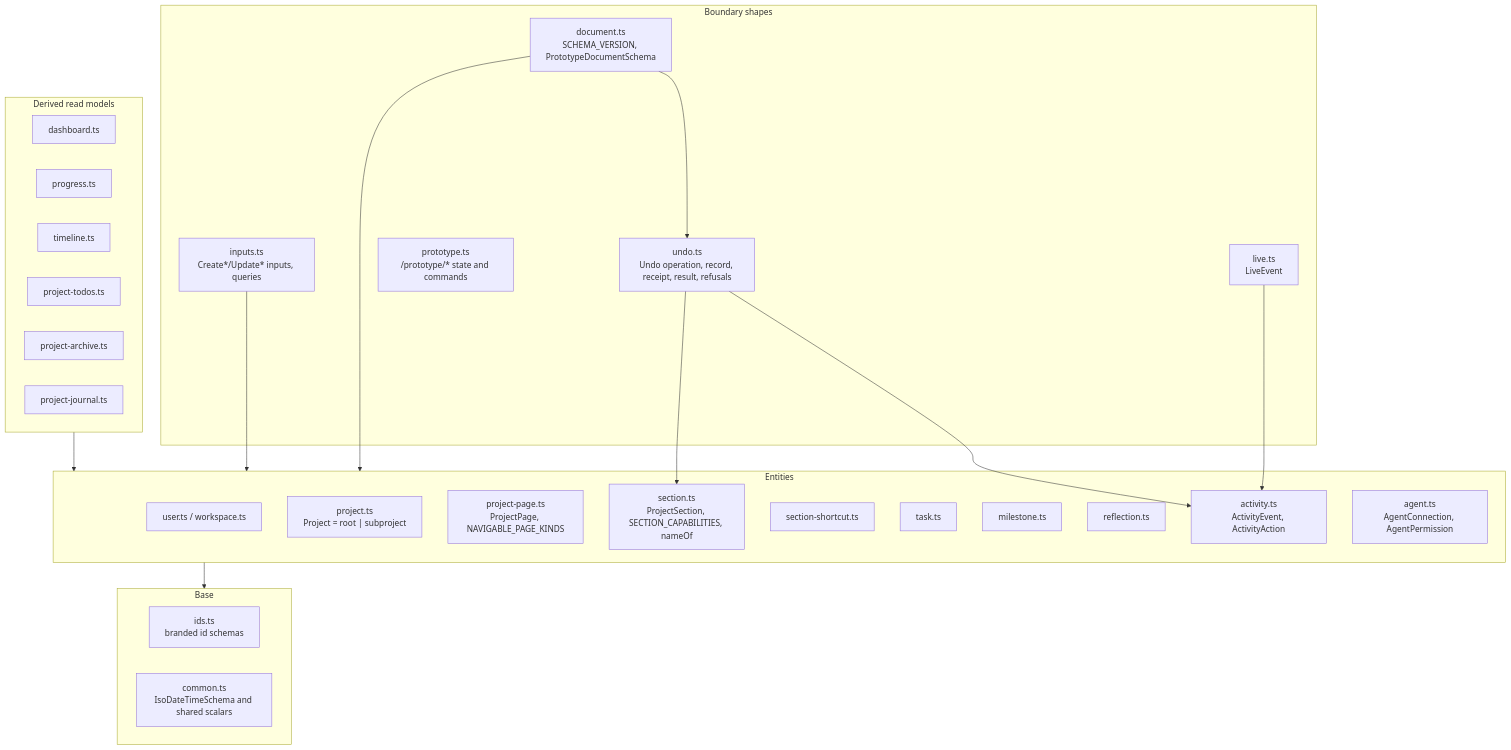
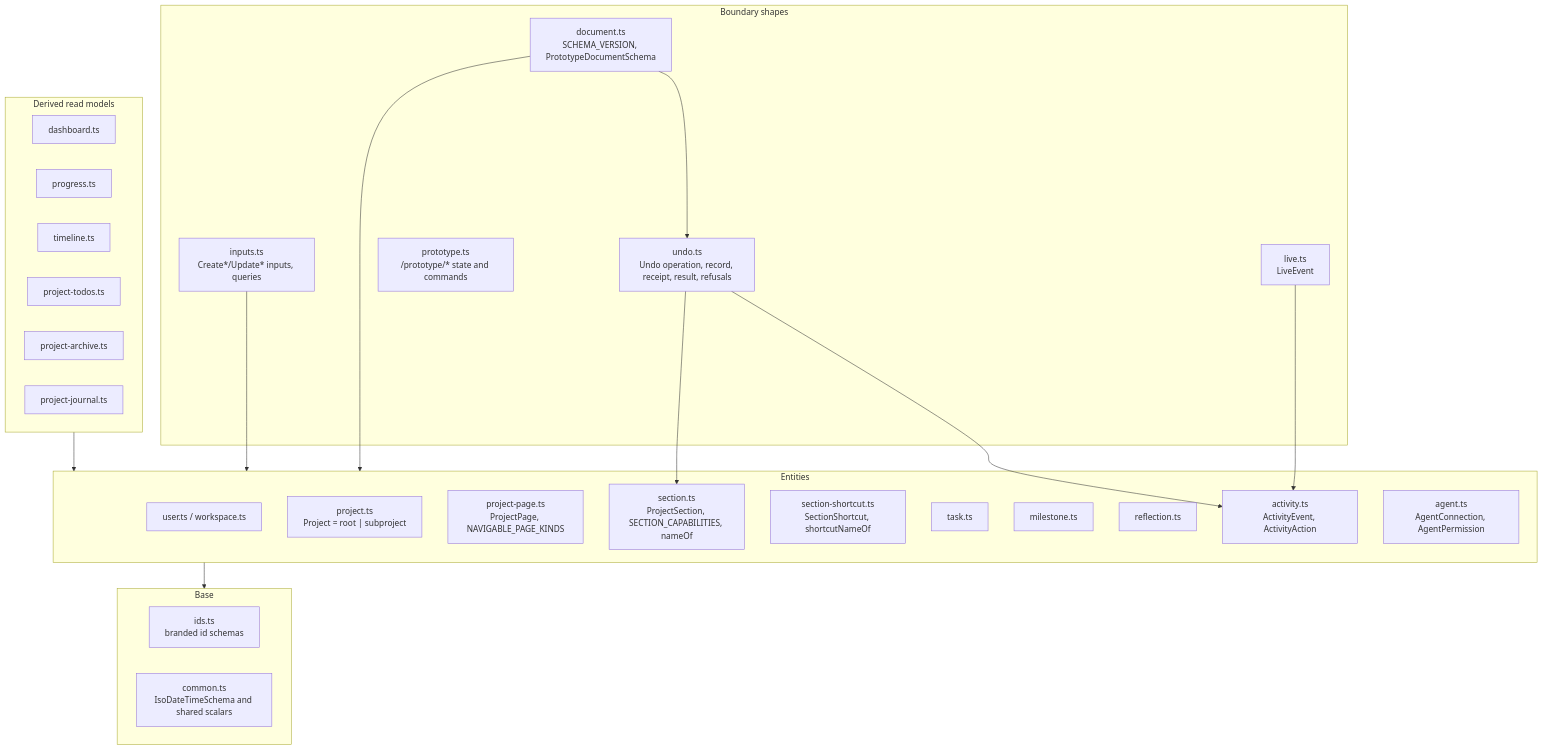
Before and after one commit to CalciteDragon/Canvas-work-manager-prototype: the first of 2 diagrams in docs/architecture/contracts/what.md, drawn with Mermaid. The commit also changed other lines of this file and 31 other files, not shown here.

````diff
--- a/docs/architecture/contracts/what.md
+++ b/docs/architecture/contracts/what.md
@@ -9,42 +9,42 @@
 ```mermaid
 flowchart TB
   subgraph base["Base"]
     ids["ids.ts<br/>branded id schemas"]
     common["common.ts<br/>IsoDateTimeSchema and shared scalars"]
   end
   subgraph entities["Entities"]
     user["user.ts / workspace.ts"]
     project["project.ts<br/>Project = root | subproject"]
     page["project-page.ts<br/>ProjectPage, NAVIGABLE_PAGE_KINDS"]
     section["section.ts<br/>ProjectSection, SECTION_CAPABILITIES, nameOf"]
-    shortcut["section-shortcut.ts"]
+    shortcut["section-shortcut.ts<br/>SectionShortcut, shortcutNameOf"]
     task["task.ts"]
     milestone["milestone.ts"]
     reflection["reflection.ts"]
     activity["activity.ts<br/>ActivityEvent, ActivityAction"]
     agent["agent.ts<br/>AgentConnection, AgentPermission"]
   end
   subgraph derived["Derived read models"]
     dashboard["dashboard.ts"]
     progress["progress.ts"]
     timeline["timeline.ts"]
     todos["project-todos.ts"]
     archive["project-archive.ts"]
     journal["project-journal.ts"]
   end
   subgraph boundary["Boundary shapes"]
     inputs["inputs.ts<br/>Create*/Update* inputs, queries"]
     live["live.ts<br/>LiveEvent"]
     prototype["prototype.ts<br/>/prototype/* state and commands"]
     document["document.ts<br/>SCHEMA_VERSION, PrototypeDocumentSchema"]
     undo["undo.ts<br/>Undo operation, record, receipt, result, refusals"]
   end
   undo --> section
   undo --> activity
   document --> undo
   entities --> base
   derived --> entities
   inputs --> entities
   live --> activity
   document --> entities
 ```
````
